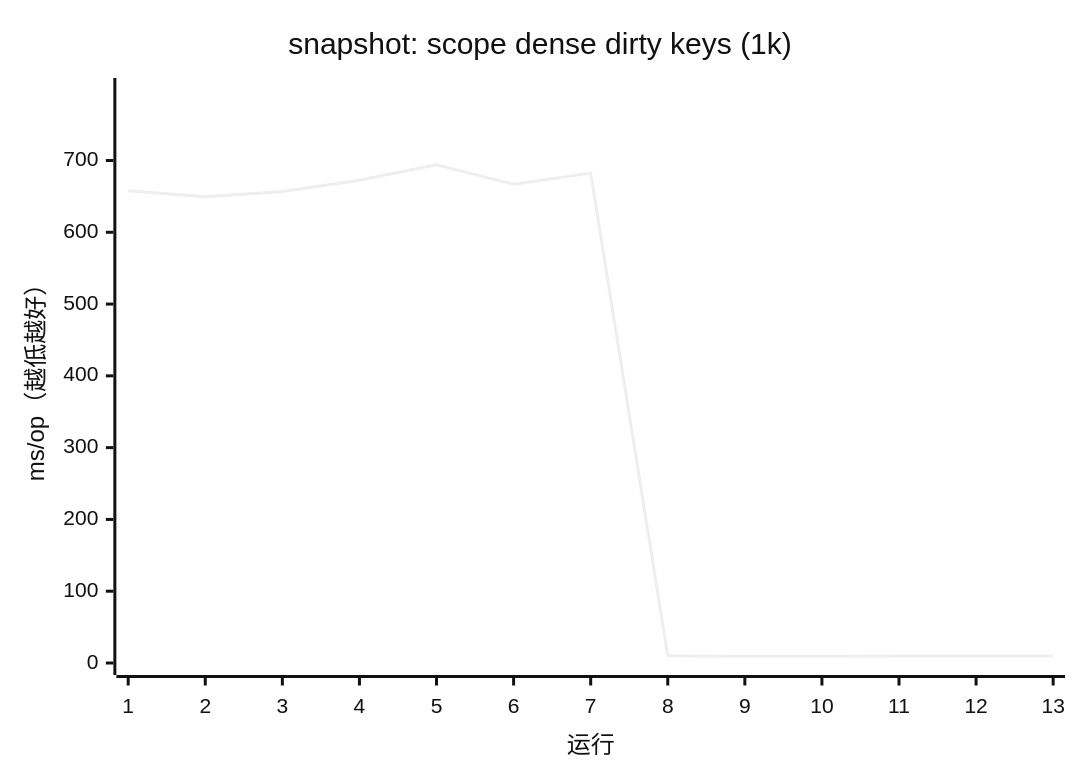
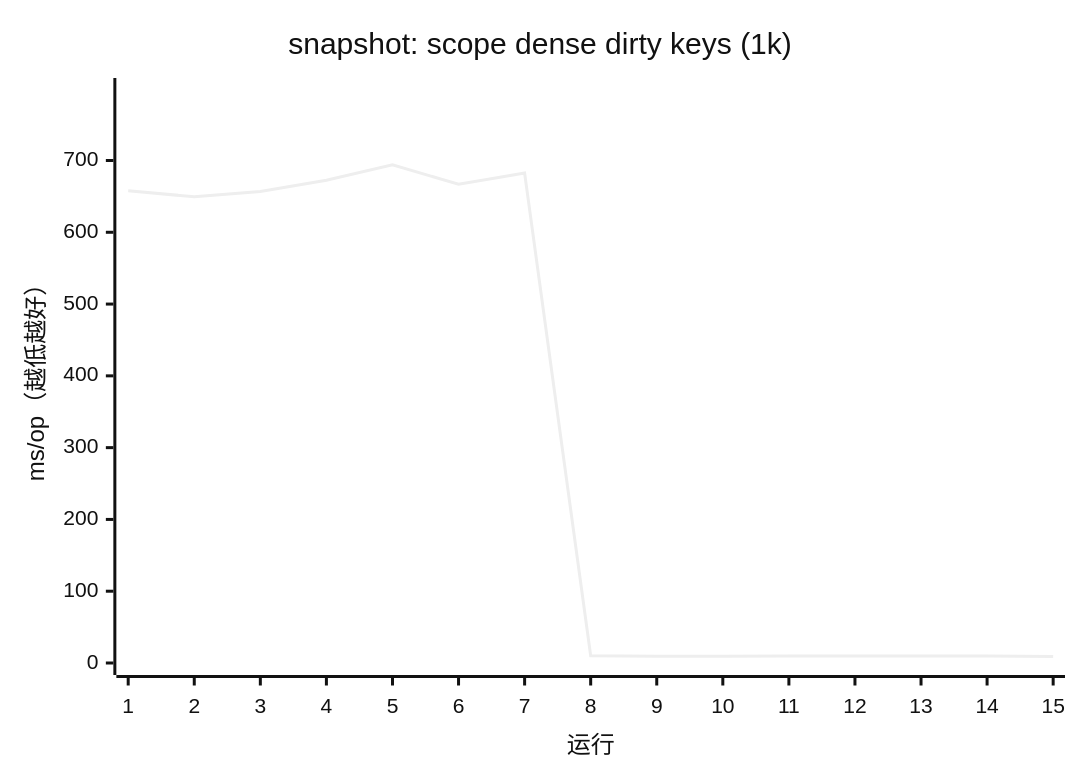
One commit to AIluffy/io changed the fourth of 17 diagrams in apps/docs/src/content/docs/guides/benchmark.mdx. Above: the diagram before and after it, drawn with Mermaid (neutral theme). The commit also changed other lines of this file and 7 other files, not shown here.

````diff
--- a/apps/docs/src/content/docs/guides/benchmark.mdx
+++ b/apps/docs/src/content/docs/guides/benchmark.mdx
@@ -221,7 +223,7 @@
 ```mermaid
 xychart-beta
   title "snapshot: scope dense dirty keys (1k)"
-  x-axis "运行" [1, 2, 3, 4, 5, 6, 7, 8, 9, 10, 11, 12, 13]
+  x-axis "运行" [1, 2, 3, 4, 5, 6, 7, 8, 9, 10, 11, 12, 13, 14, 15]
   y-axis "ms/op（越低越好）" 0 --> 798.196
-  line [657.7338, 649.4971, 656.8009, 672.4747, 694.0835, 666.831, 682.4672, 10.0629, 9.4418, 9.3377, 9.5797, 9.7117, 9.6769]
+  line [657.7338, 649.4971, 656.8009, 672.4747, 694.0835, 666.831, 682.4672, 10.0629, 9.4418, 9.3377, 9.5797, 9.7117, 9.6769, 9.6675, 9.1825]
 ```
````
